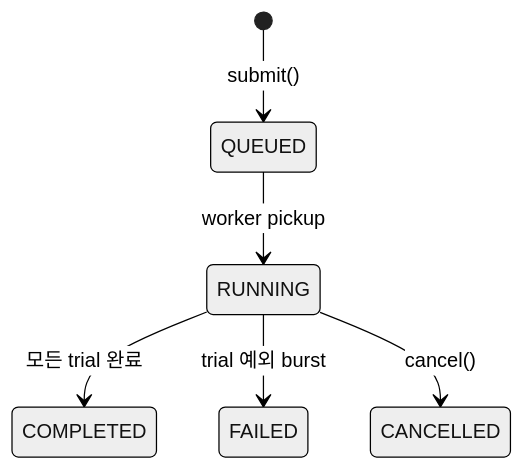
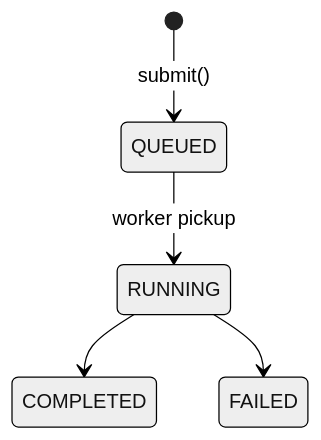
Before and after one commit to woosung-dev/quantbridge: the sixth of 6 diagrams in docs/02_domain/state-machines.md, drawn with Mermaid (neutral theme). The commit also changed other lines of this file and 3 other files, not shown here.

````diff
--- a/docs/02_domain/state-machines.md
+++ b/docs/02_domain/state-machines.md
@@ -168,8 +196,7 @@
 ```mermaid
 stateDiagram-v2
     [*] --> QUEUED : submit()
     QUEUED --> RUNNING : worker pickup
-    RUNNING --> COMPLETED : 모든 trial 완료
-    RUNNING --> FAILED : trial 예외 burst
-    RUNNING --> CANCELLED : cancel()
+    RUNNING --> COMPLETED
+    RUNNING --> FAILED
 ```
````
